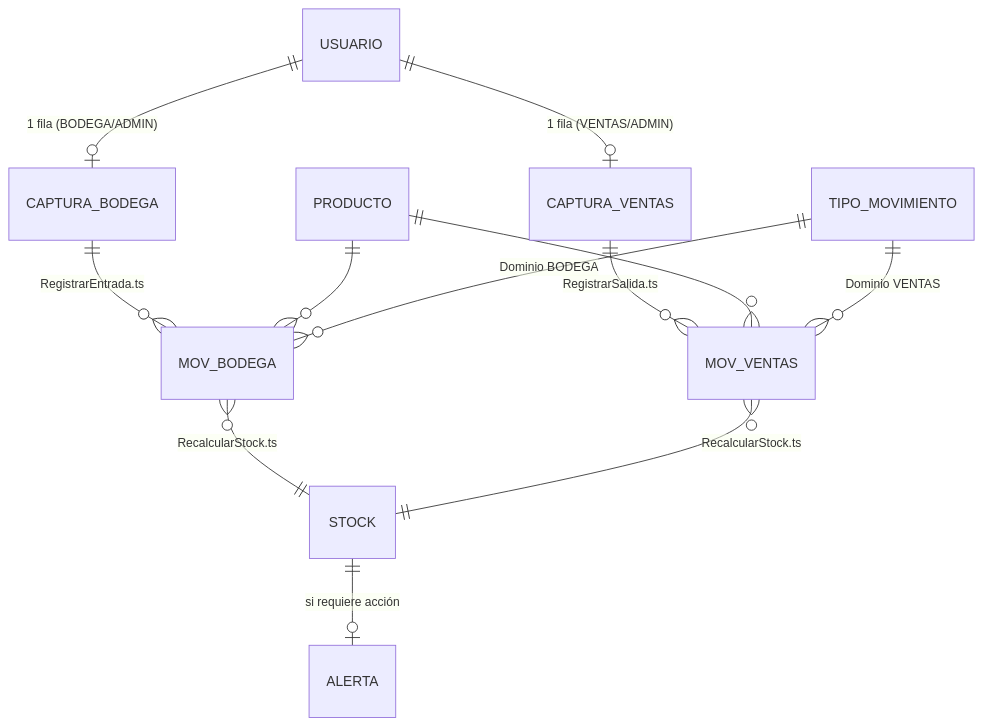
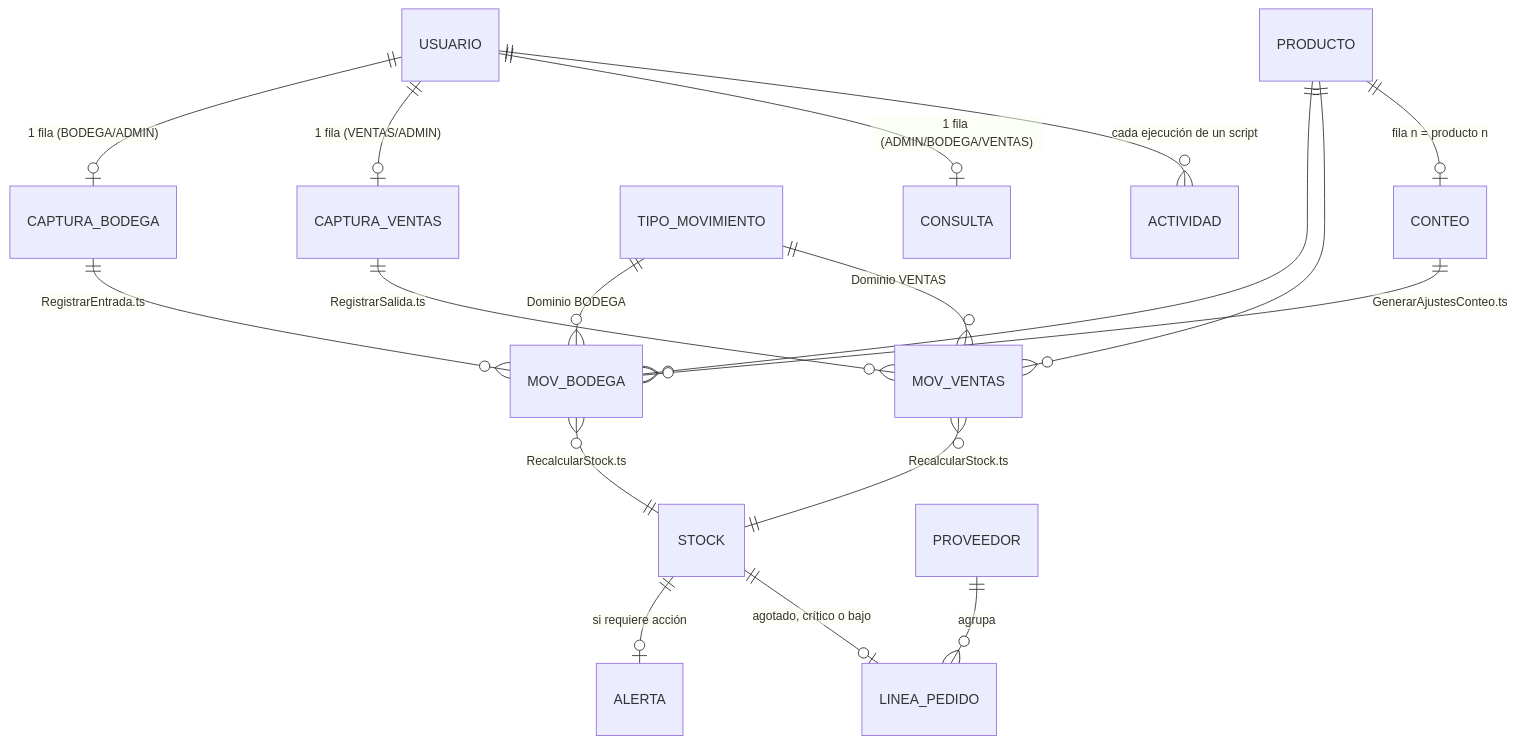
One commit to ZPSoftwareFastSolutions/ZP-MINV-Platform changed the diagram in docs/architecture/data-dictionary-v2.md. Above: the diagram before and after it, drawn with Mermaid. The commit also changed other lines of this file and 48 other files, not shown here.

First line of the commit message:
feat(v2.1): M-INV colaborativo completo: Gerencia, consulta por usuario, toma física, pedido, actividad y resumen diario

````diff
--- a/docs/architecture/data-dictionary-v2.md
+++ b/docs/architecture/data-dictionary-v2.md
@@ -11,14 +11,20 @@
 ```mermaid
 erDiagram
     USUARIO ||--o| CAPTURA_BODEGA : "1 fila (BODEGA/ADMIN)"
     USUARIO ||--o| CAPTURA_VENTAS : "1 fila (VENTAS/ADMIN)"
     CAPTURA_BODEGA ||--o{ MOV_BODEGA : "RegistrarEntrada.ts"
     CAPTURA_VENTAS ||--o{ MOV_VENTAS : "RegistrarSalida.ts"
     PRODUCTO ||--o{ MOV_BODEGA : ""
     PRODUCTO ||--o{ MOV_VENTAS : ""
     TIPO_MOVIMIENTO ||--o{ MOV_BODEGA : "Dominio BODEGA"
     TIPO_MOVIMIENTO ||--o{ MOV_VENTAS : "Dominio VENTAS"
     MOV_BODEGA }o--|| STOCK : "RecalcularStock.ts"
     MOV_VENTAS }o--|| STOCK : "RecalcularStock.ts"
     STOCK ||--o| ALERTA : "si requiere acción"
+    STOCK ||--o| LINEA_PEDIDO : "agotado, crítico o bajo"
+    PROVEEDOR ||--o{ LINEA_PEDIDO : "agrupa"
+    USUARIO ||--o| CONSULTA : "1 fila (ADMIN/BODEGA/VENTAS)"
+    PRODUCTO ||--o| CONTEO : "fila n = producto n"
+    CONTEO ||--o{ MOV_BODEGA : "GenerarAjustesConteo.ts"
+    USUARIO ||--o{ ACTIVIDAD : "cada ejecución de un script"
 ```
````
